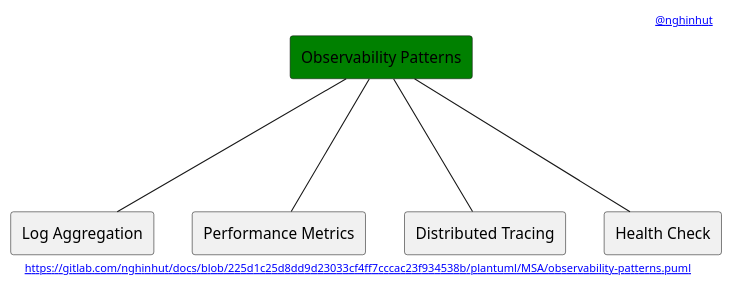
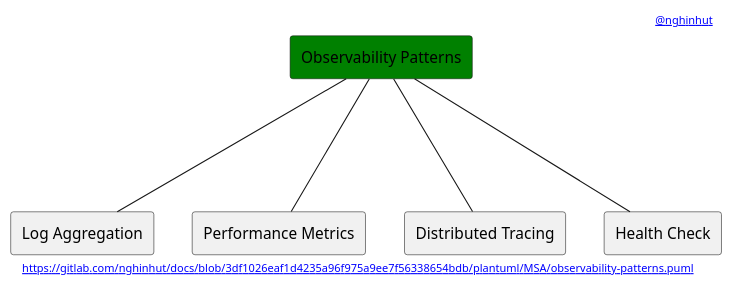
One commit to nghinhut/docs changed the diagram in plantuml/MSA/observability-patterns.puml. Above: the diagram before and after it, drawn with PlantUML. The commit also changed 24 other files, not shown here.

Commit message:
docs(plantuml): update header

```diff
--- a/plantuml/MSA/observability-patterns.puml
+++ b/plantuml/MSA/observability-patterns.puml
@@ -1,18 +1,18 @@
 @startuml
 '-----START auto generated metadata please keep comment here to allow auto update-----
 '-----DON'T EDIT THIS SECTION, INSTEAD RE-RUN prebuild.sh TO UPDATE-----
-header [[https://www.nghinhut.dev?from=http%5C%3A%5C%2F%5C%2Fwww%5C.plantuml%5C.com%5C%2Fplantuml%5C%2Fproxy%3Ffmt%3Dsvg%5C%26src%3Dhttps%5C%3A%5C%2F%5C%2Fgitlab%5C.com%5C%2Fnghinhut%5C%2Fdocs%5C%2Fraw%5C%2F225d1c25d8dd9d23033cf4ff7cccac23f934538b%5C%2Fplantuml%5C%2FMSA%5C%2Fobservability-patterns%5C.puml%0A @nghinhut]]
-footer [[http://www.plantuml.com/plantuml/proxy?fmt=svg&src=https://gitlab.com/nghinhut/docs/raw/225d1c25d8dd9d23033cf4ff7cccac23f934538b/plantuml/MSA/observability-patterns.puml https://gitlab.com/nghinhut/docs/blob/225d1c25d8dd9d23033cf4ff7cccac23f934538b/plantuml/MSA/observability-patterns.puml]]
+header [[https://www.nghinhut.dev?from=http%5C%3A%5C%2F%5C%2Fwww%5C.plantuml%5C.com%5C%2Fplantuml%5C%2Fproxy%3Ffmt%3Dsvg%5C%26src%3Dhttps%5C%3A%5C%2F%5C%2Fgitlab%5C.com%5C%2Fnghinhut%5C%2Fdocs%5C%2Fraw%5C%2F3df1026eaf1d4235a96f975a9ee7f56338654bdb%5C%2Fplantuml%5C%2FMSA%5C%2Fobservability-patterns%5C.puml%0A @nghinhut]]
+footer [[http://www.plantuml.com/plantuml/proxy?fmt=svg&src=https://gitlab.com/nghinhut/docs/raw/3df1026eaf1d4235a96f975a9ee7f56338654bdb/plantuml/MSA/observability-patterns.puml https://gitlab.com/nghinhut/docs/blob/3df1026eaf1d4235a96f975a9ee7f56338654bdb/plantuml/MSA/observability-patterns.puml]]
 '-----END auto generated metadata please keep comment here to allow auto update-----
 
 rectangle "Observability Patterns" as Observability #green
 
 rectangle "Log Aggregation" as ObservabilityP1
 rectangle "Performance Metrics" as ObservabilityP2
 rectangle "Distributed Tracing" as ObservabilityP3
 rectangle "Health Check" as ObservabilityP4
 Observability --- ObservabilityP1
 Observability --- ObservabilityP2
 Observability --- ObservabilityP3
 Observability --- ObservabilityP4
 @enduml
```
